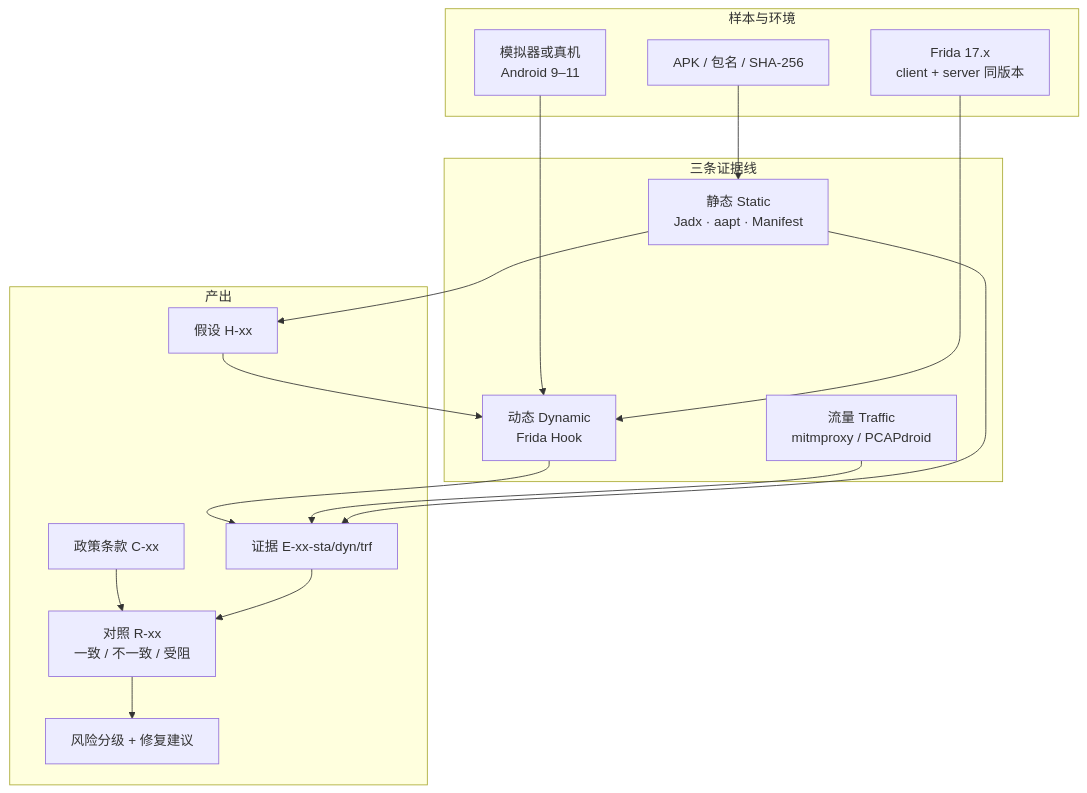
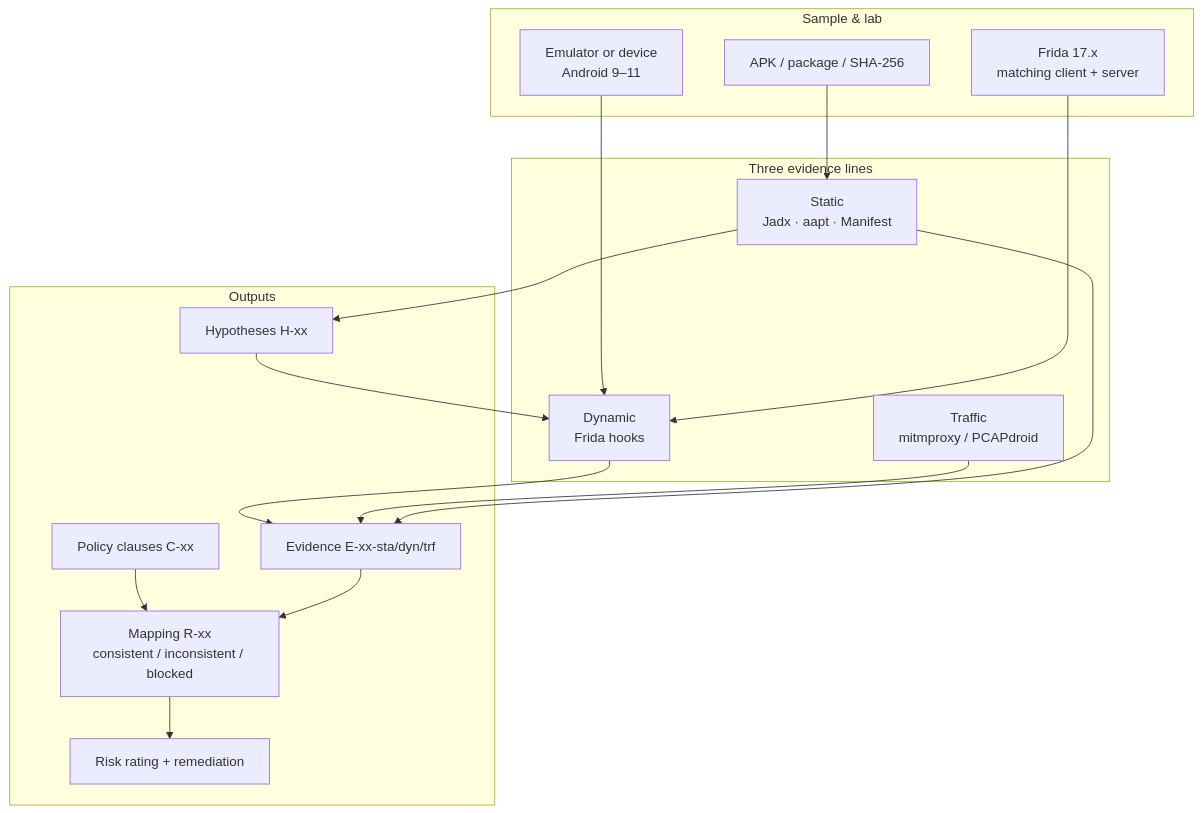
One commit to ConradLu2740/app-privacy-audit changed the first of 4 diagrams in README.md. Above: the diagram before and after it, drawn with Mermaid. The commit also changed other lines of this file and 1 other file, not shown here.

````diff
--- a/README.md
+++ b/README.md
@@ -53,34 +55,34 @@
 ```mermaid
 flowchart TB
-  subgraph Input["样本与环境"]
-    APK["APK / 包名 / SHA-256"]
-    EMU["模拟器或真机<br/>Android 9–11"]
-    FR["Frida 17.x<br/>client + server 同版本"]
+  subgraph Input["Sample & lab"]
+    APK["APK / package / SHA-256"]
+    EMU["Emulator or device<br/>Android 9–11"]
+    FR["Frida 17.x<br/>matching client + server"]
   end
 
-  subgraph Lines["三条证据线"]
-    ST["静态 Static<br/>Jadx · aapt · Manifest"]
-    DY["动态 Dynamic<br/>Frida Hook"]
-    TF["流量 Traffic<br/>mitmproxy / PCAPdroid"]
+  subgraph Lines["Three evidence lines"]
+    ST["Static<br/>Jadx · aapt · Manifest"]
+    DY["Dynamic<br/>Frida hooks"]
+    TF["Traffic<br/>mitmproxy / PCAPdroid"]
   end
 
-  subgraph Out["产出"]
-    H["假设 H-xx"]
-    E["证据 E-xx-sta/dyn/trf"]
-    C["政策条款 C-xx"]
-    R["对照 R-xx<br/>一致 / 不一致 / 受阻"]
-    FIX["风险分级 + 修复建议"]
+  subgraph Out["Outputs"]
+    H["Hypotheses H-xx"]
+    E["Evidence E-xx-sta/dyn/trf"]
+    C["Policy clauses C-xx"]
+    R["Mapping R-xx<br/>consistent / inconsistent / blocked"]
+    FIX["Risk rating + remediation"]
   end
 
   APK --> ST
   EMU --> DY
   FR --> DY
   ST --> H
   H --> DY
   DY --> E
   TF --> E
   ST --> E
   C --> R
   E --> R
   R --> FIX
 ```
````
